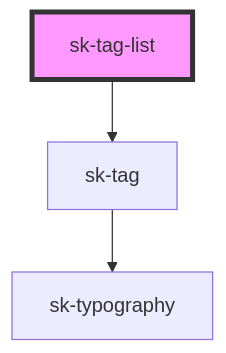
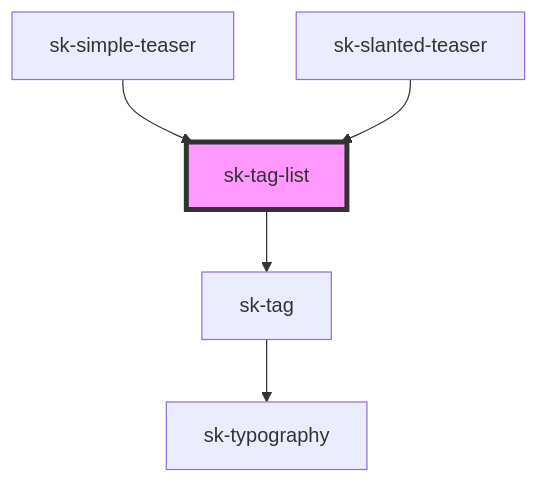
One commit to simonknittel/components changed the diagram in stencil/src/components/tag-list/readme.md. Above: the diagram before and after it, drawn with Mermaid. The commit also changed other lines of this file and 22 other files, not shown here.

Commit message:
Refactor sk-typography; Add sk-slanted, sk-simple-teaser, sk-slanted-teaser

````diff
--- a/stencil/src/components/tag-list/readme.md
+++ b/stencil/src/components/tag-list/readme.md
@@ -22,6 +27,8 @@
 ```mermaid
 graph TD;
   sk-tag-list --> sk-tag
   sk-tag --> sk-typography
+  sk-simple-teaser --> sk-tag-list
+  sk-slanted-teaser --> sk-tag-list
   style sk-tag-list fill:#f9f,stroke:#333,stroke-width:4px
 ```
````
